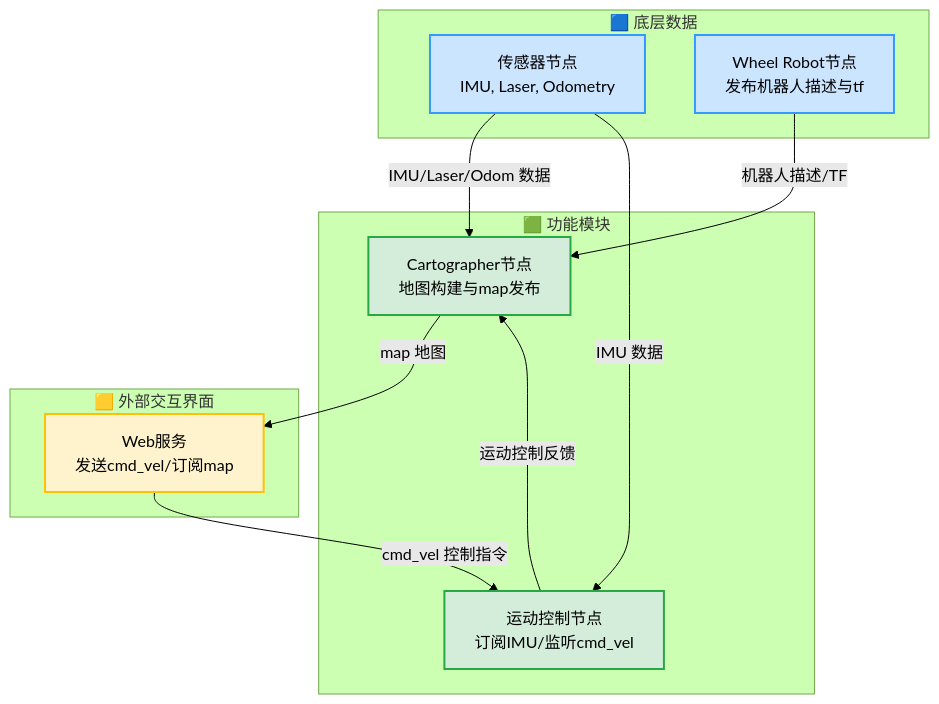
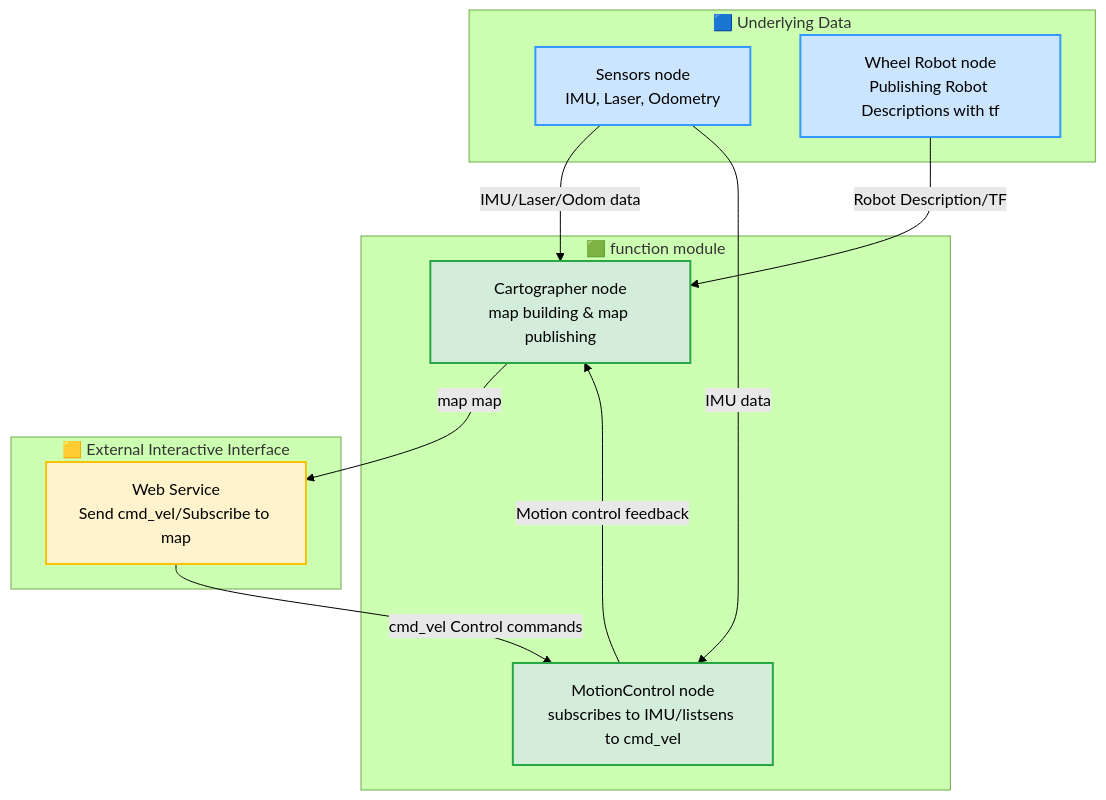
The fourth of 4 diagrams in README.md (MoonGrt/Wheel_Robot), drawn with Mermaid (forest theme) before and after one commit. The commit also changed other lines of this file and 1 other file, not shown here.

````diff
--- a/README.md
+++ b/README.md
@@ -927,31 +940,32 @@
   ```mermaid
   graph TD
-      %% 节点定义
-      subgraph S1[🟦 底层数据]
-          Sensors[传感器节点<br/>IMU, Laser, Odometry]:::sensor
-          WheelRobot[Wheel Robot节点<br/>发布机器人描述与tf]:::sensor
-      end
 
-      subgraph S2[🟩 功能模块]
-          MotionCtrl[运动控制节点<br/>订阅IMU/监听cmd_vel]:::module
-          Cartographer[Cartographer节点<br/>地图构建与map发布]:::module
-      end
+    %% Node Definitions
+    subgraph S1[🟦 Underlying Data]
+      Sensors[Sensors node<br/>IMU, Laser, Odometry]:::sensor
+      WheelRobot[Wheel Robot node<br/>Publishing Robot Descriptions with tf]:::sensor
+    end
 
-      subgraph S3[🟨 外部交互界面]
-          WebService[Web服务<br/>发送cmd_vel/订阅map]:::external
-      end
+    subgraph S2[🟩 function module]
+      MotionCtrl[MotionControl node<br/>subscribes to IMU/listsens to cmd_vel]:::module
+      Cartographer[Cartographer node<br/>map building & map publishing]:::module
+    end
 
-      %% 数据流连接
-      Sensors -- IMU/Laser/Odom 数据 --> Cartographer
-      Sensors -- IMU 数据 --> MotionCtrl
-      WheelRobot -- 机器人描述/TF --> Cartographer
+    subgraph S3[🟨 External Interactive Interface]
+      WebService[Web Service<br/>Send cmd_vel/Subscribe to map]:::external
+    end
 
-      WebService -- cmd_vel 控制指令 --> MotionCtrl
-      MotionCtrl -- 运动控制反馈 --> Cartographer
-      Cartographer -- map 地图 --> WebService
+    %% Data Flow Connections
+    Sensors -- IMU/Laser/Odom data --> Cartographer
+    Sensors -- IMU data --> MotionCtrl
+    WheelRobot -- Robot Description/TF --> Cartographer
 
-      %% 样式设置
-      classDef sensor fill:#cce5ff,stroke:#3399ff,stroke-width:2px;
-      classDef module fill:#d4edda,stroke:#28a745,stroke-width:2px;
-      classDef external fill:#fff3cd,stroke:#ffc107,stroke-width:2px;
+    WebService -- cmd_vel Control commands --> MotionCtrl
+    MotionCtrl -- Motion control feedback --> Cartographer
+    Cartographer -- map map --> WebService
+
+    %% Style settings
+    classDef sensor fill:#cce5ff,stroke:#3399ff,stroke-width:2px;
+    classDef module fill:#d4edda,stroke:#28a745,stroke-width:2px;
+    classDef external fill:#fff3cd,stroke:#ffc107,stroke-width:2px;
   ```
````
